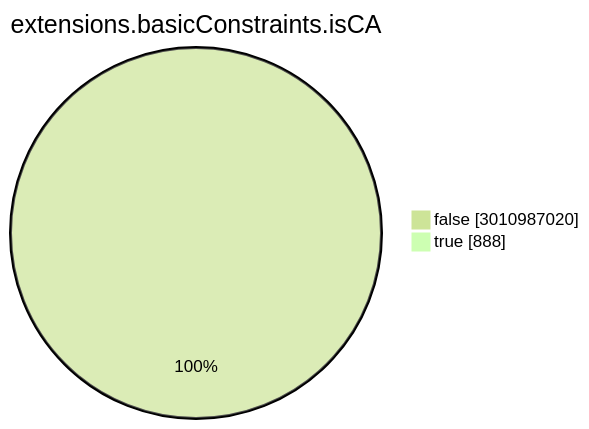
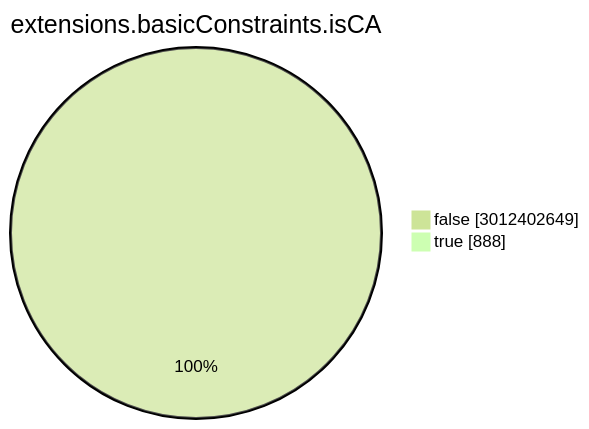
One commit to christiankrug/ctmonitor_visualization changed the seventh of 15 diagrams in TOTAL/README.md. Above: the diagram before and after it, drawn with Mermaid (forest theme). The commit also changed other lines of this file, not shown here.

````diff
--- a/TOTAL/README.md
+++ b/TOTAL/README.md
@@ -3080,6 +3080,6 @@
 ```mermaid
 pie showData
 title extensions.basicConstraints.isCA
-"false" :3010987020
+"false" :3012402649
 "true" :888
 ```
````
